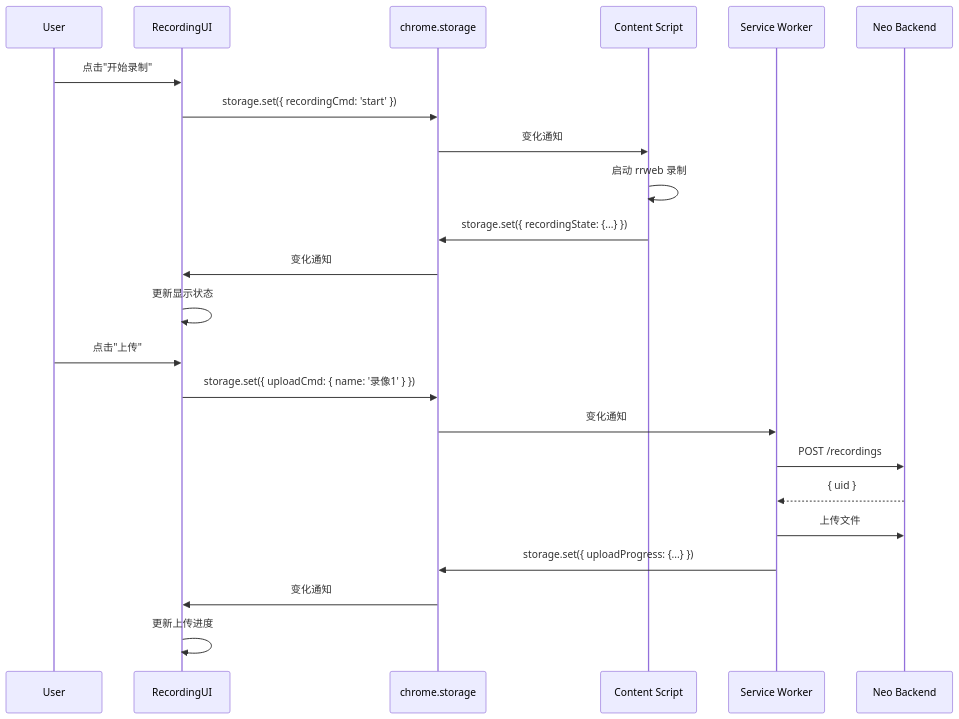
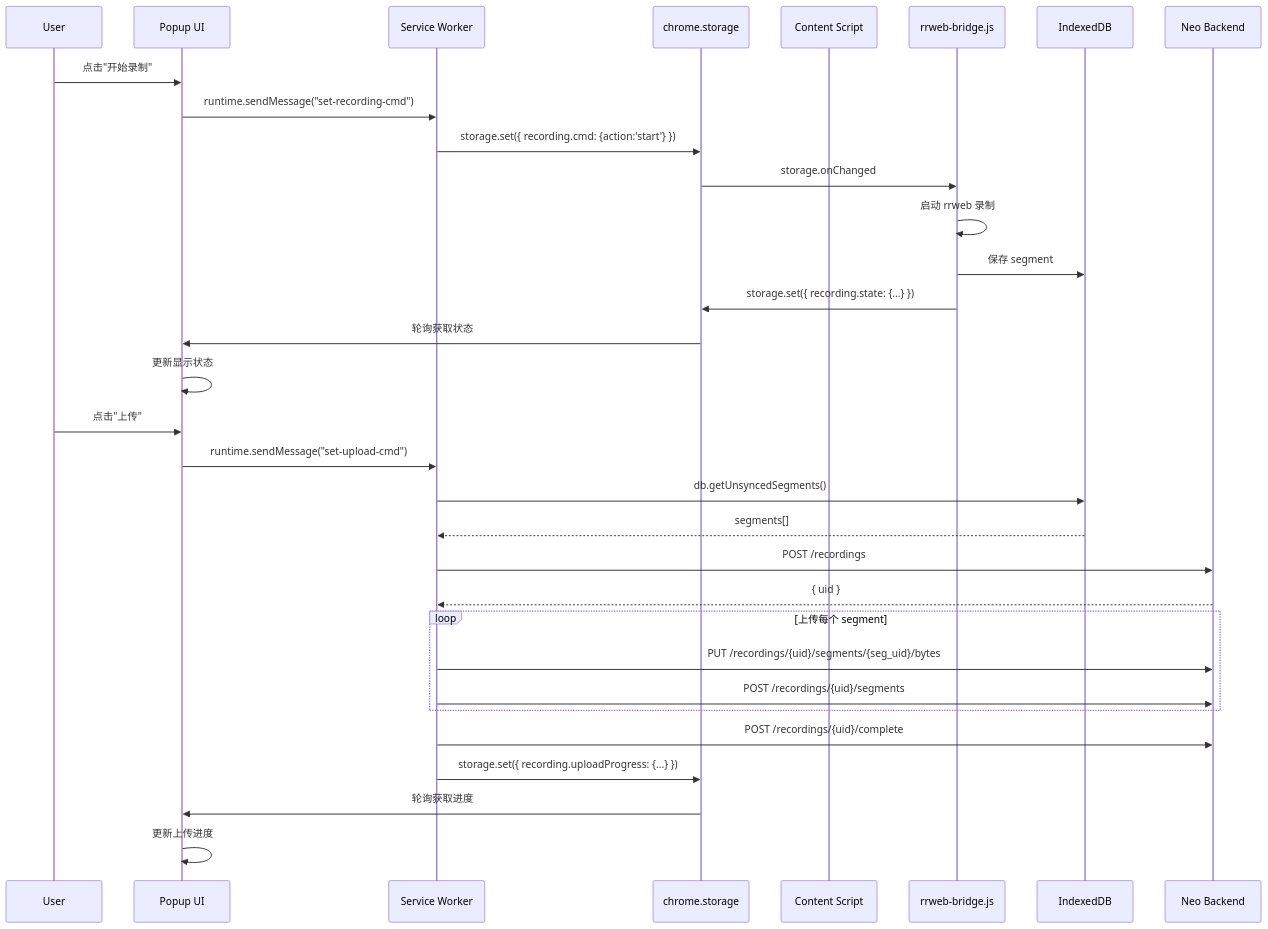
Before and after one commit to zhaoxin34/matrix: the second of 2 diagrams in neo/design/docs/technical/agent-steer/recording.md, drawn with Mermaid. The commit also changed other lines of this file and 28 other files, not shown here.

````diff
--- a/neo/design/docs/technical/agent-steer/recording.md
+++ b/neo/design/docs/technical/agent-steer/recording.md
@@ -241,27 +339,36 @@
 ```mermaid
 sequenceDiagram
     participant User
-    participant UI as RecordingUI
+    participant Popup as Popup UI
+    participant SW as Service Worker
     participant Storage as chrome.storage
     participant CS as Content Script
-    participant SW as Service Worker
+    participant Bridge as rrweb-bridge.js
+    participant DB as IndexedDB
     participant API as Neo Backend
 
-    User->>UI: 点击"开始录制"
-    UI->>Storage: storage.set({ recordingCmd: 'start' })
-    Storage->>CS: 变化通知
-    CS->>CS: 启动 rrweb 录制
-    CS->>Storage: storage.set({ recordingState: {...} })
-    Storage->>UI: 变化通知
-    UI->>UI: 更新显示状态
+    User->>Popup: 点击"开始录制"
+    Popup->>SW: runtime.sendMessage("set-recording-cmd")
+    SW->>Storage: storage.set({ recording.cmd: {action:'start'} })
+    Storage->>Bridge: storage.onChanged
+    Bridge->>Bridge: 启动 rrweb 录制
+    Bridge->>DB: 保存 segment
+    Bridge->>Storage: storage.set({ recording.state: {...} })
+    Storage->>Popup: 轮询获取状态
+    Popup->>Popup: 更新显示状态
 
-    User->>UI: 点击"上传"
-    UI->>Storage: storage.set({ uploadCmd: { name: '录像1' } })
-    Storage->>SW: 变化通知
+    User->>Popup: 点击"上传"
+    Popup->>SW: runtime.sendMessage("set-upload-cmd")
+    SW->>DB: db.getUnsyncedSegments()
+    DB-->>SW: segments[]
     SW->>API: POST /recordings
     API-->>SW: { uid }
-    SW->>API: 上传文件
-    SW->>Storage: storage.set({ uploadProgress: {...} })
-    Storage->>UI: 变化通知
-    UI->>UI: 更新上传进度
+    loop 上传每个 segment
+        SW->>API: PUT /recordings/{uid}/segments/{seg_uid}/bytes
+        SW->>API: POST /recordings/{uid}/segments
+    end
+    SW->>API: POST /recordings/{uid}/complete
+    SW->>Storage: storage.set({ recording.uploadProgress: {...} })
+    Storage->>Popup: 轮询获取进度
+    Popup->>Popup: 更新上传进度
 ```
````
